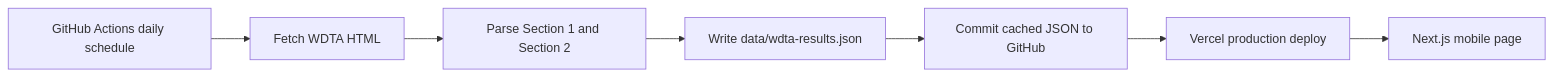
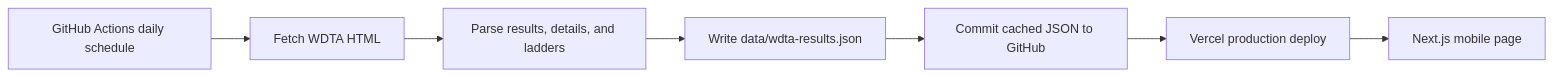
One commit to river2202/wdta-mobile changed the diagram in README.md. Above: the diagram before and after it, drawn with Mermaid. The commit also changed other lines of this file and 9 other files, not shown here.

````diff
--- a/README.md
+++ b/README.md
@@ -74,9 +92,9 @@
 ```mermaid
 flowchart LR
   A["GitHub Actions daily schedule"] --> B["Fetch WDTA HTML"]
-  B --> C["Parse Section 1 and Section 2"]
+  B --> C["Parse results, details, and ladders"]
   C --> D["Write data/wdta-results.json"]
   D --> E["Commit cached JSON to GitHub"]
   E --> F["Vercel production deploy"]
   F --> G["Next.js mobile page"]
 ```
````
